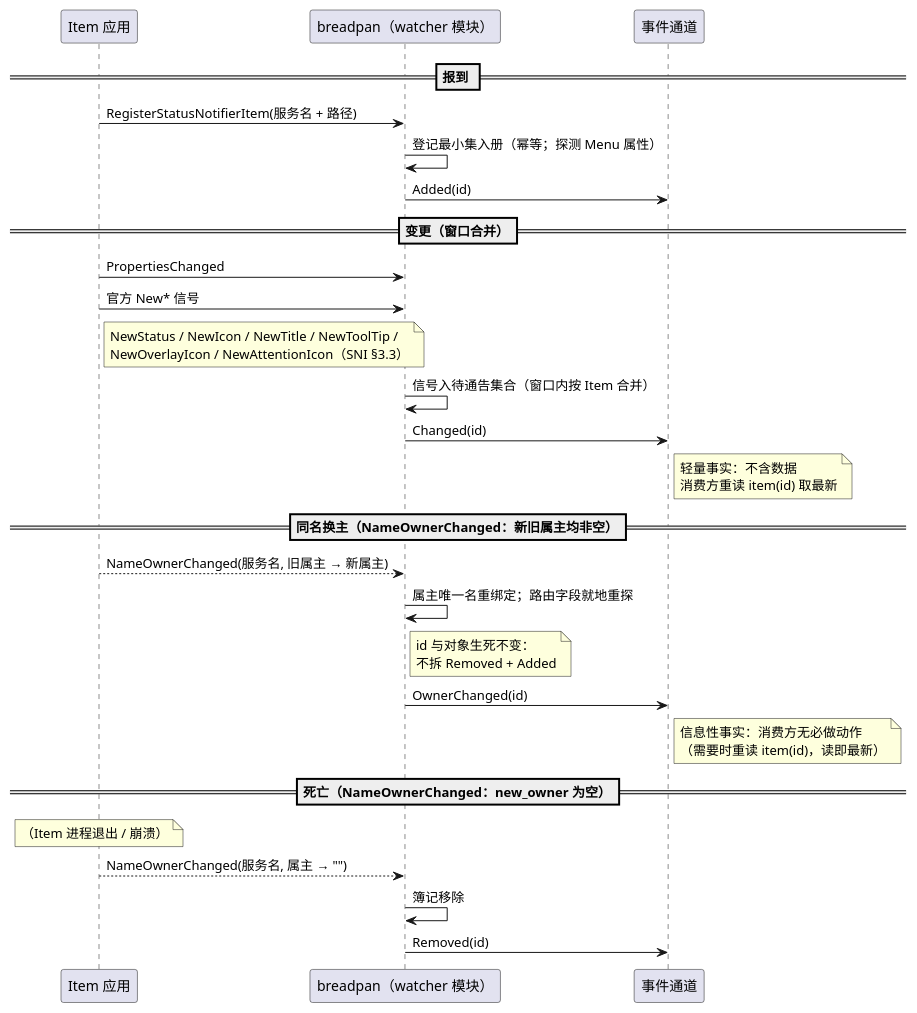
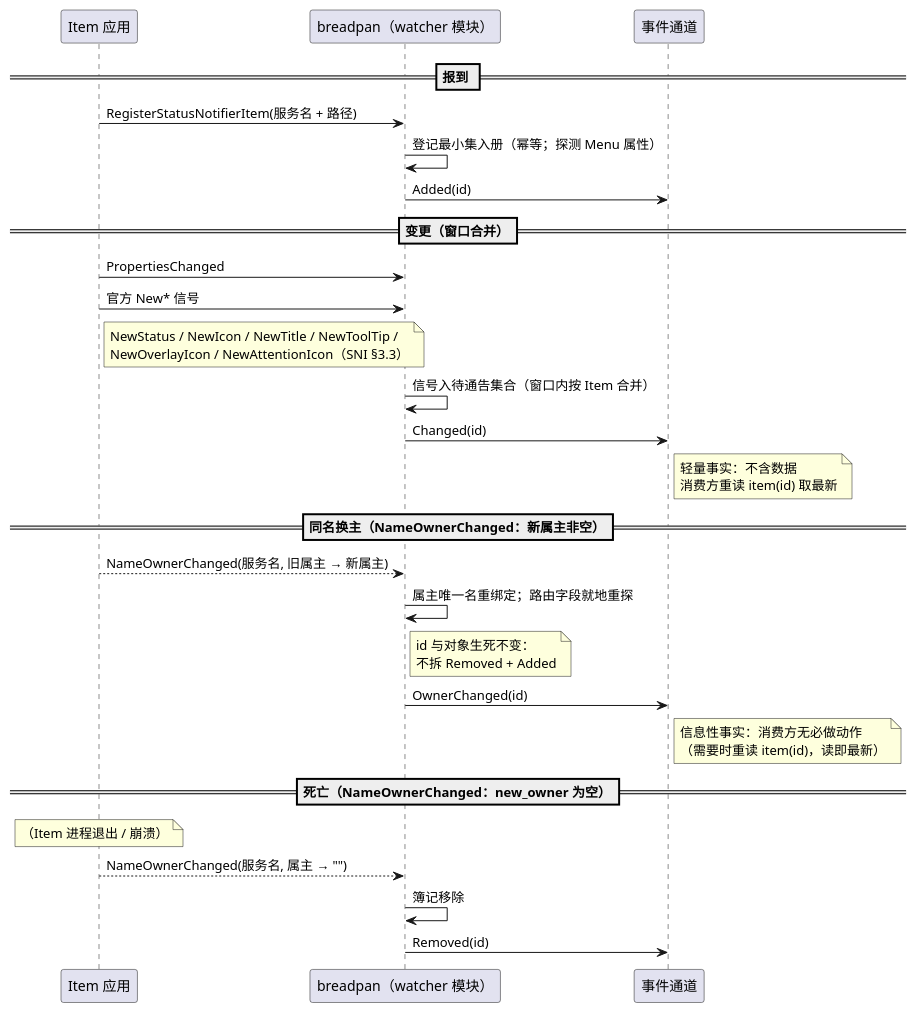
Before and after one commit to 54m43lJ/BreadKnife: the diagram in breadpan/diagram/breadpan-item-lifecycle.puml, drawn with PlantUML. The commit also changed 4 other files, not shown here.

```diff
--- a/breadpan/diagram/breadpan-item-lifecycle.puml
+++ b/breadpan/diagram/breadpan-item-lifecycle.puml
@@ -1,43 +1,43 @@
 @startuml breadpan-item-lifecycle
 participant "Item 应用" as item
 participant "breadpan（watcher 模块）" as bp
 participant "事件通道" as ch
 
 == 报到 ==
 item -> bp: RegisterStatusNotifierItem(服务名 + 路径)
 bp -> bp: 登记最小集入册（幂等；探测 Menu 属性）
 bp -> ch: Added(id)
 
 == 变更（窗口合并）==
 item -> bp: PropertiesChanged
 item -> bp: 官方 New* 信号
 note right of item
   NewStatus / NewIcon / NewTitle / NewToolTip /
   NewOverlayIcon / NewAttentionIcon（SNI §3.3）
 end note
 bp -> bp: 信号入待通告集合（窗口内按 Item 合并）
 bp -> ch: Changed(id)
 note right of ch
   轻量事实：不含数据
   消费方重读 item(id) 取最新
 end note
 
-== 同名换主（NameOwnerChanged：新旧属主均非空）==
+== 同名换主（NameOwnerChanged：新属主非空）==
 item --> bp: NameOwnerChanged(服务名, 旧属主 → 新属主)
 bp -> bp: 属主唯一名重绑定；路由字段就地重探
 note right of bp
   id 与对象生死不变：
   不拆 Removed + Added
 end note
 bp -> ch: OwnerChanged(id)
 note right of ch
   信息性事实：消费方无必做动作
   （需要时重读 item(id)，读即最新）
 end note
 
 == 死亡（NameOwnerChanged：new_owner 为空）==
 note over item: （Item 进程退出 / 崩溃）
 item --> bp: NameOwnerChanged(服务名, 属主 → "")
 bp -> bp: 簿记移除
 bp -> ch: Removed(id)
 @enduml
```
